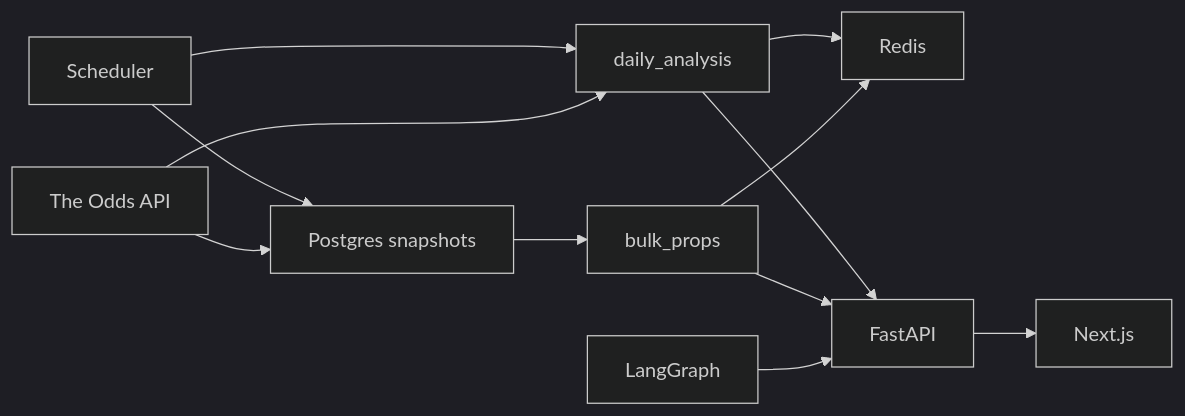
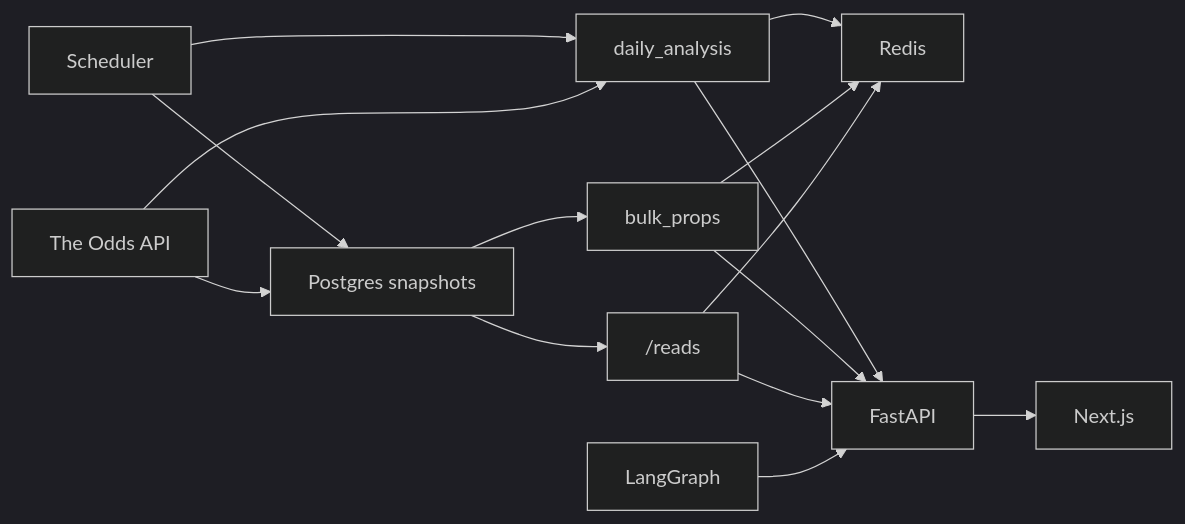
The first of 2 diagrams in docs/progress.md (eason034056/nba-player-stats-analysis), drawn with Mermaid (dark theme) before and after one commit. The commit also changed other lines of this file, not shown here.

````diff
--- a/docs/progress.md
+++ b/docs/progress.md
@@ -9,24 +9,28 @@
 ```mermaid
 flowchart LR
   odds["The Odds API"]
   sched["Scheduler"]
   daily["daily_analysis"]
   snap["Postgres snapshots"]
   redis["Redis"]
   bulk["bulk_props"]
+  reads["/reads"]
   agent["LangGraph"]
   api["FastAPI"]
   ui["Next.js"]
 
   sched --> daily
   sched --> snap
   odds --> daily
   odds --> snap
   daily --> redis
   snap --> bulk
+  snap --> reads
   bulk --> redis
+  reads --> redis
   daily --> api
   bulk --> api
+  reads --> api
   agent --> api
   api --> ui
 ```
````
